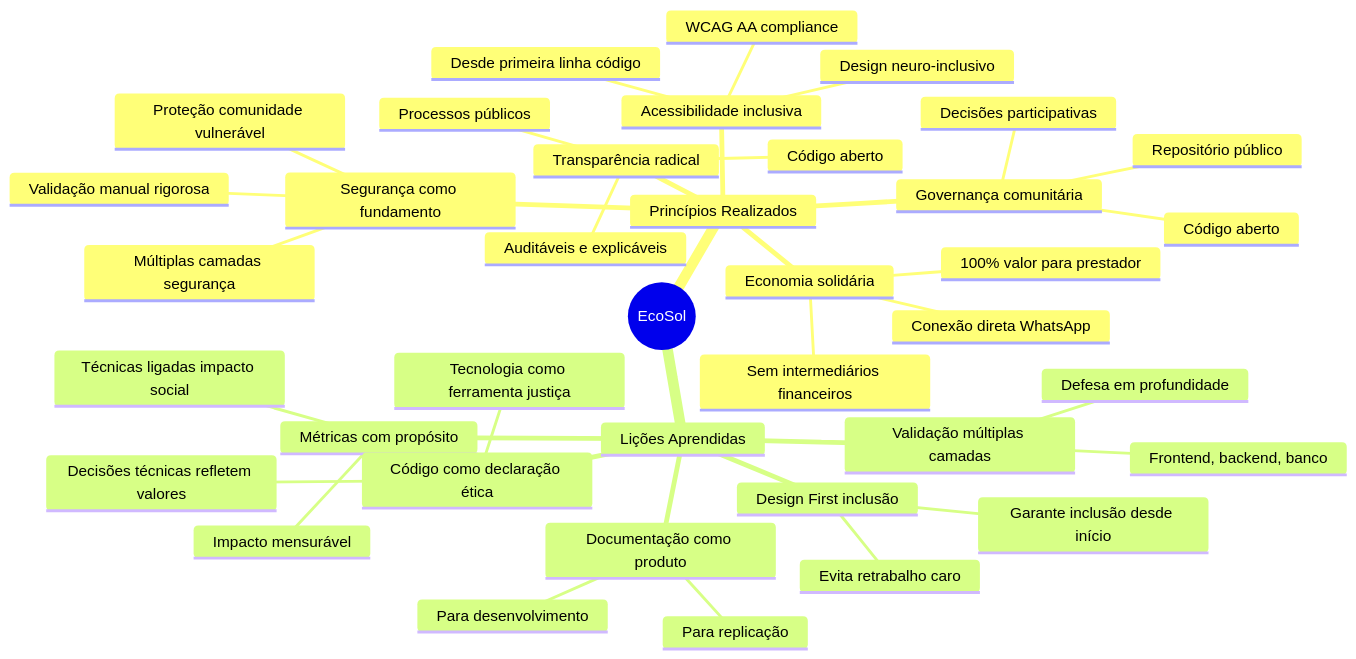
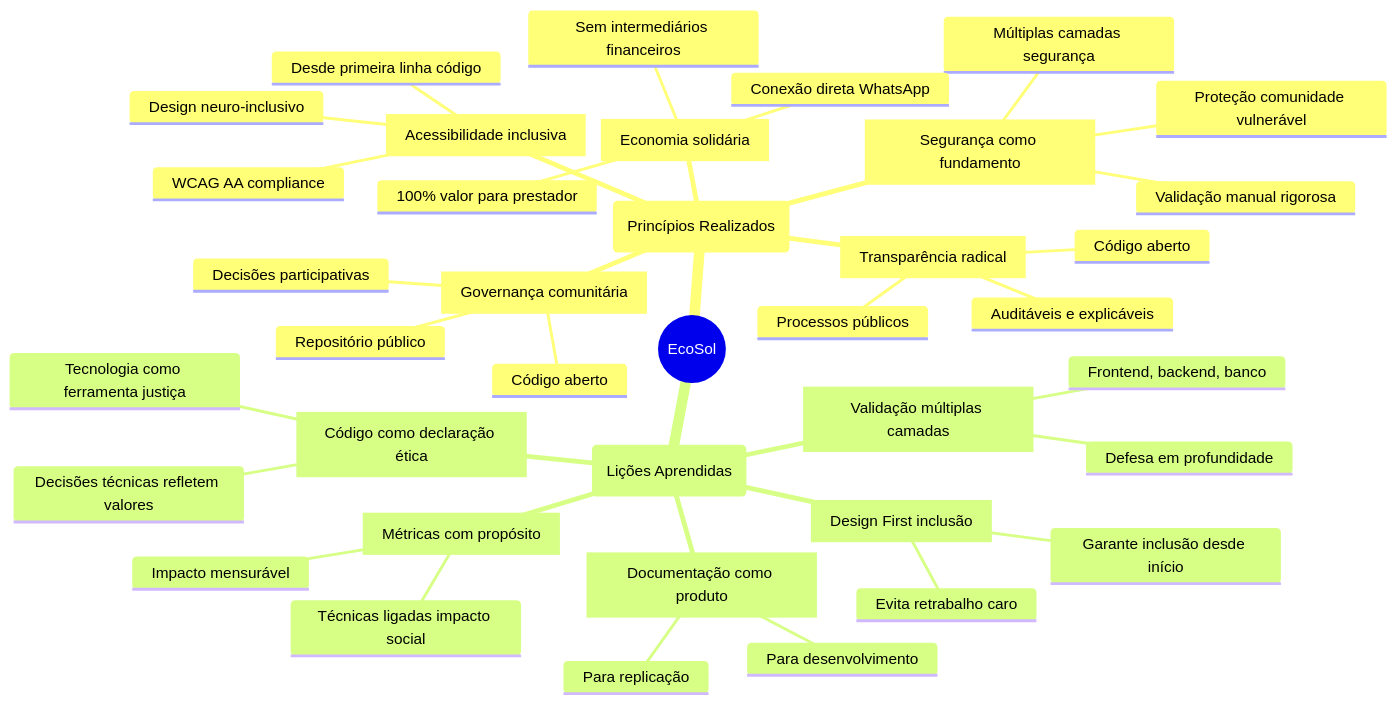
Diagram 28 of 31 in blueprint.md (EcoSolTEA/ecosol), drawn with Mermaid before and after one commit. The commit also changed other lines of this file, not shown here.

First line of the commit message:
Revise blueprint with updated architecture and diagrams

````diff
--- a/blueprint.md
+++ b/blueprint.md
@@ -1183,41 +1159,41 @@
 ```mermaid
 mindmap
   root((EcoSol))
-    Princípios Realizados
-      Segurança como fundamento
+    (Princípios Realizados)
+      [Segurança como fundamento]
         Validação manual rigorosa
         Proteção comunidade vulnerável
         Múltiplas camadas segurança
-      Transparência radical
+      [Transparência radical]
         Processos públicos
         Auditáveis e explicáveis
         Código aberto
-      Acessibilidade inclusiva
+      [Acessibilidade inclusiva]
         Design neuro-inclusivo
         Desde primeira linha código
         WCAG AA compliance
-      Economia solidária
+      [Economia solidária]
         Sem intermediários financeiros
         100% valor para prestador
         Conexão direta WhatsApp
-      Governança comunitária
+      [Governança comunitária]
         Código aberto
         Decisões participativas
         Repositório público
-    Lições Aprendidas
-      Design First inclusão
+    (Lições Aprendidas)
+      [Design First inclusão]
         Evita retrabalho caro
         Garante inclusão desde início
-      Validação múltiplas camadas
+      [Validação múltiplas camadas]
         Frontend, backend, banco
         Defesa em profundidade
-      Documentação como produto
+      [Documentação como produto]
         Para desenvolvimento
         Para replicação
-      Métricas com propósito
+      [Métricas com propósito]
         Técnicas ligadas impacto social
         Impacto mensurável
-      Código como declaração ética
+      [Código como declaração ética]
         Decisões técnicas refletem valores
         Tecnologia como ferramenta justiça
 ```
````
